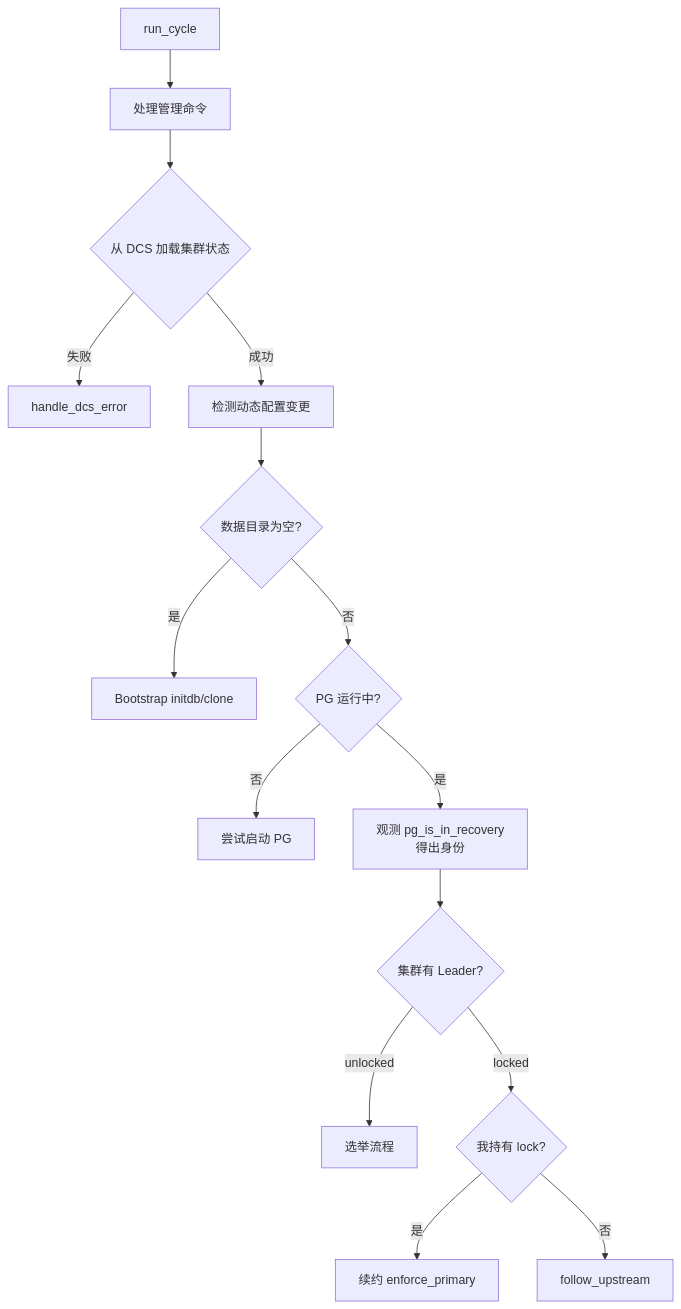
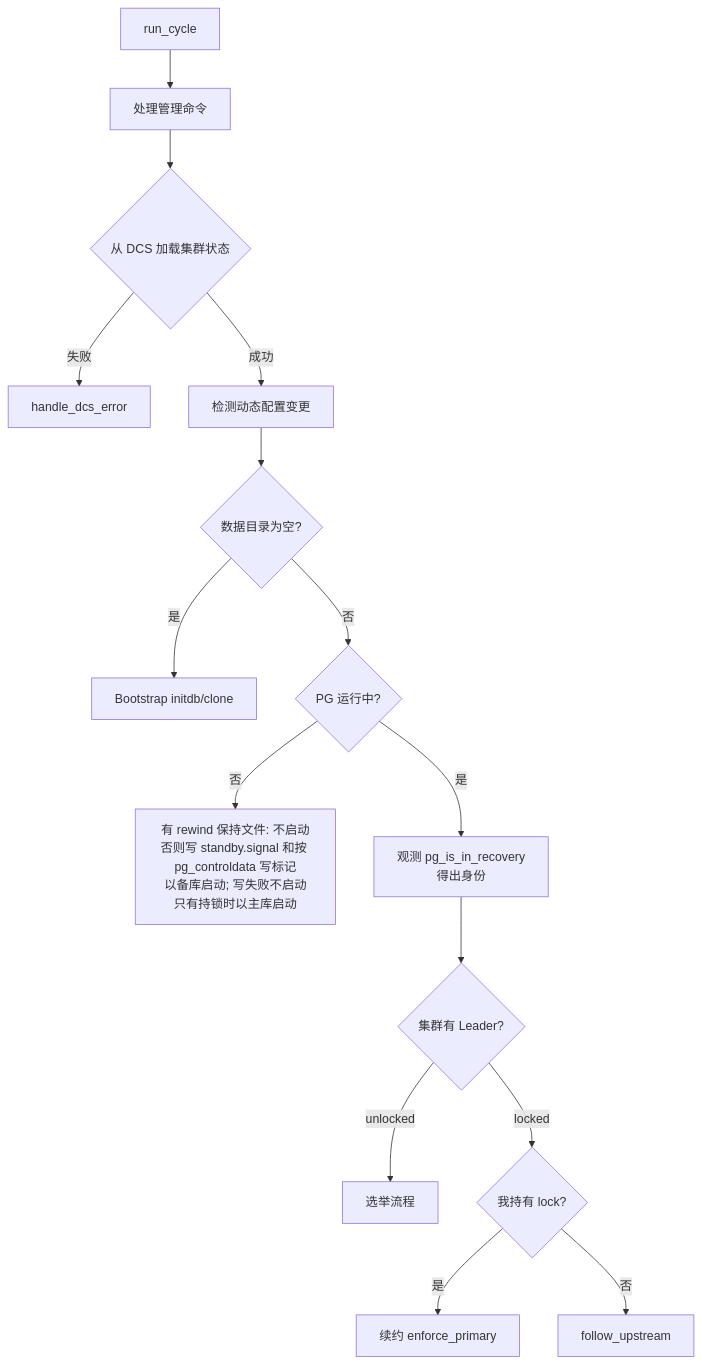
One commit to seraphico/pg-ha changed the second of 11 diagrams in docs/pg-ha-architecture.md. Above: the diagram before and after it, drawn with Mermaid. The commit also changed other lines of this file and 10 other files, not shown here.

````diff
--- a/docs/pg-ha-architecture.md
+++ b/docs/pg-ha-architecture.md
@@ -28,17 +28,17 @@
 ```mermaid
 flowchart TD
     START[run_cycle] --> CMD[处理管理命令]
     CMD --> DCS{从 DCS 加载集群状态}
     DCS -->|失败| ERR[handle_dcs_error]
     DCS -->|成功| DYNCONF[检测动态配置变更]
     DYNCONF --> DATADIR{数据目录为空?}
     DATADIR -->|是| BOOTSTRAP[Bootstrap initdb/clone]
     DATADIR -->|否| PGRUN{PG 运行中?}
-    PGRUN -->|否| PGSTART[尝试启动 PG]
+    PGRUN -->|否| PGSTART[有 rewind 保持文件: 不启动<br/>否则写 standby.signal 和按 pg_controldata 写标记<br/>以备库启动; 写失败不启动<br/>只有持锁时以主库启动]
     PGRUN -->|是| OBSERVE[观测 pg_is_in_recovery<br/>得出身份]
     OBSERVE --> LOCKED{集群有 Leader?}
     LOCKED -->|unlocked| ELECTION[选举流程]
     LOCKED -->|locked| OWNER{我持有 lock?}
     OWNER -->|是| RENEW[续约 enforce_primary]
     OWNER -->|否| FOLLOW[follow_upstream]
 ```
````
